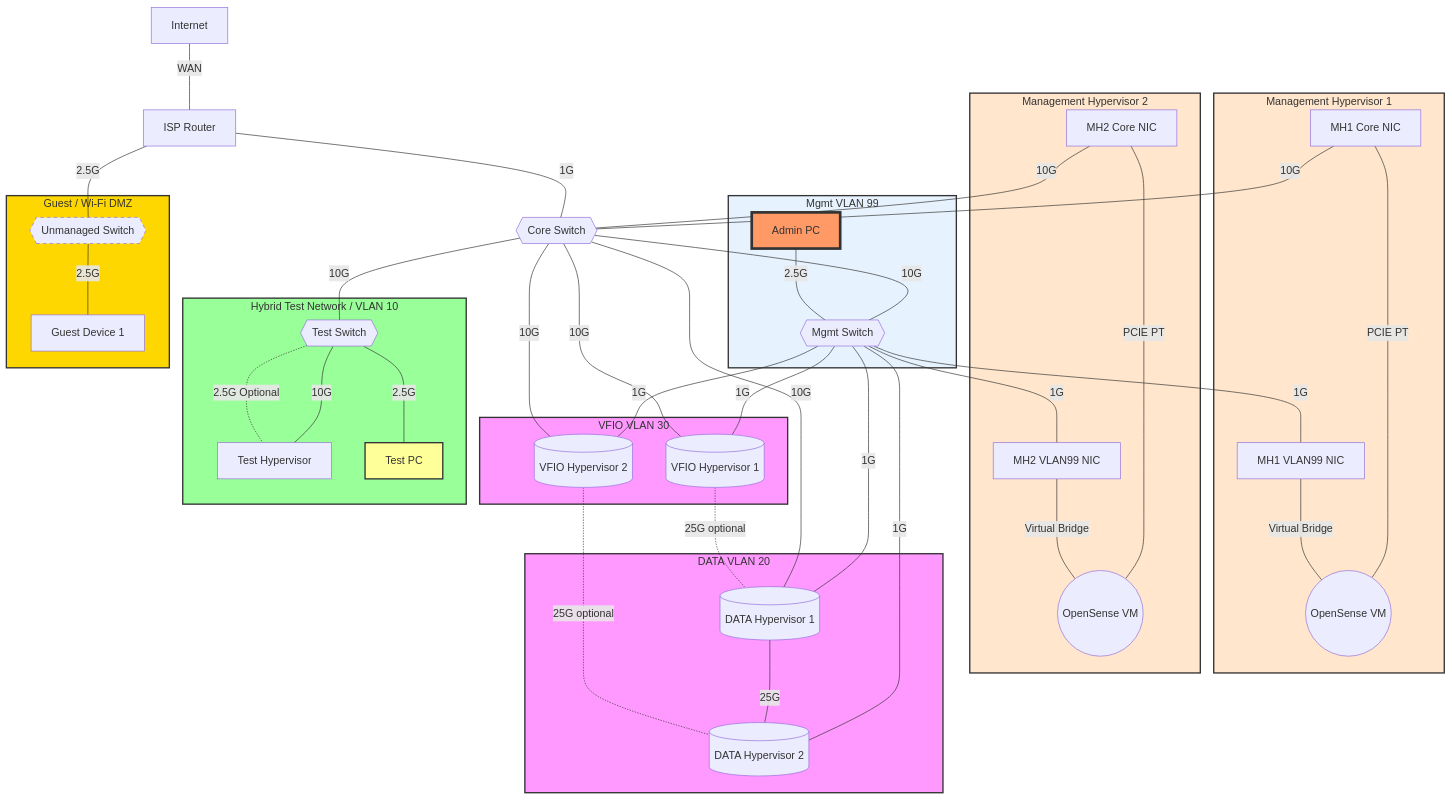
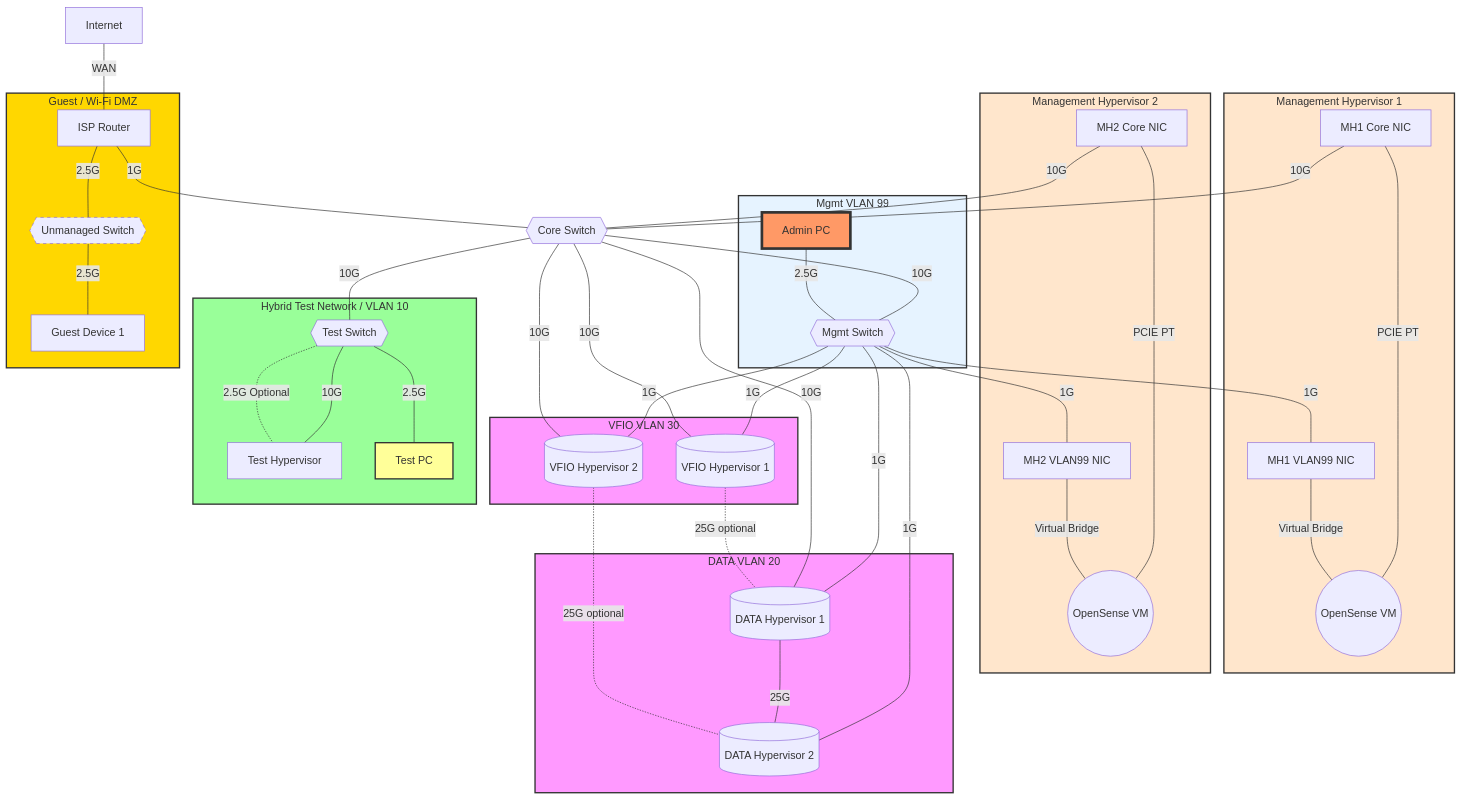
Before and after one commit to woeiru/lab: the diagram in alp/netop7.md, drawn with Mermaid.

Commit message:
standard

````diff
--- a/alp/netop7.md
+++ b/alp/netop7.md
@@ -3,74 +3,75 @@
 ```mermaid
 graph TD
     INT[Internet] --- |WAN| ISPR[ISP Router]
     ISPR --- |"1G"| CS{{Core Switch}}
     ISPR ---|"2.5G"| US{{Unmanaged Switch}}
     US ---|"2.5G"| GD[Guest Device 1]
     CS ---|"10G"| MS{{Mgmt Switch}}
     AP[Admin PC] ---|"2.5G"| MS
     MS ---|"1G"| MH1NIC3[MH1 VLAN99 NIC]
     MS ---|"1G"| MH2NIC3[MH2 VLAN99 NIC]
     MS ---|"1G"| DH1
     MS ---|"1G"| DH2
     MS ---|"1G"| VH1
     MS ---|"1G"| VH2
     MH1NIC2[MH1 Core NIC] ---|"10G"| CS
     MH2NIC2[MH2 Core NIC] ---|"10G"| CS
     CS ---|"10G"| DH1[(DATA Hypervisor 1)]
     DH1 ---|"25G"| DH2[(DATA Hypervisor 2)]
     CS ---|"10G"| VH1[(VFIO Hypervisor 1)]
     CS ---|"10G"| VH2[(VFIO Hypervisor 2)]
     VH1 -.-|"25G optional"| DH1
     VH2 -.-|"25G optional"| DH2
     CS ---|"10G"| TS{{Test Switch}}
     TS ---|"10G"| TH[Test Hypervisor]
     TS -.-|"2.5G Optional"| TH
     TS ---|"2.5G"| TM[Test PC]
     subgraph MH1[Management Hypervisor 1]
         MH1NIC2 ---|"PCIE PT"| OPN1((OpenSense VM))
         MH1NIC3 ---|"Virtual Bridge"| OPN1
     end
     subgraph MH2[Management Hypervisor 2]
         MH2NIC2 ---|"PCIE PT"| OPN2((OpenSense VM))
         MH2NIC3 ---|"Virtual Bridge"| OPN2
     end
     subgraph VLAN20 [DATA VLAN 20]
         DH1
         DH2
     end
     subgraph VLAN30 [VFIO VLAN 30]
         VH1
         VH2
     end
     subgraph VLAN10 [Hybrid Test Network / VLAN 10]
         TS
         TH
         TM
     end
     subgraph VLAN99 [Mgmt VLAN 99]
         MS
         AP
         MH1NIC3
         MH2NIC3
     end
     subgraph Guest [Guest / Wi-Fi DMZ]
         US
         GD
+        ISPR
     end
     classDef vlan fill:#f9f,stroke:#333,stroke-width:2px;
     class VLAN20,VLAN30 vlan;
     classDef vlan99 fill:#e6f3ff,stroke:#333,stroke-width:2px;
     class VLAN99 vlan99;
     classDef hybridtestnet fill:#9f9,stroke:#333,stroke-width:2px;
     class VLAN10 hybridtestnet;
     classDef mghypervisor fill:#ffe6cc,stroke:#333,stroke-width:2px;
     class MH1,MH2 mghypervisor;
     classDef optional stroke-dasharray: 5 5;
     class US optional;
     classDef adminpc fill:#f96,stroke:#333,stroke-width:4px;
     class AP adminpc;
     classDef testmachine fill:#ff9,stroke:#333,stroke-width:2px;
     class TM testmachine;
     classDef dmz fill:#ffd700,stroke:#333,stroke-width:2px;
     class Guest dmz;
  ```
````
